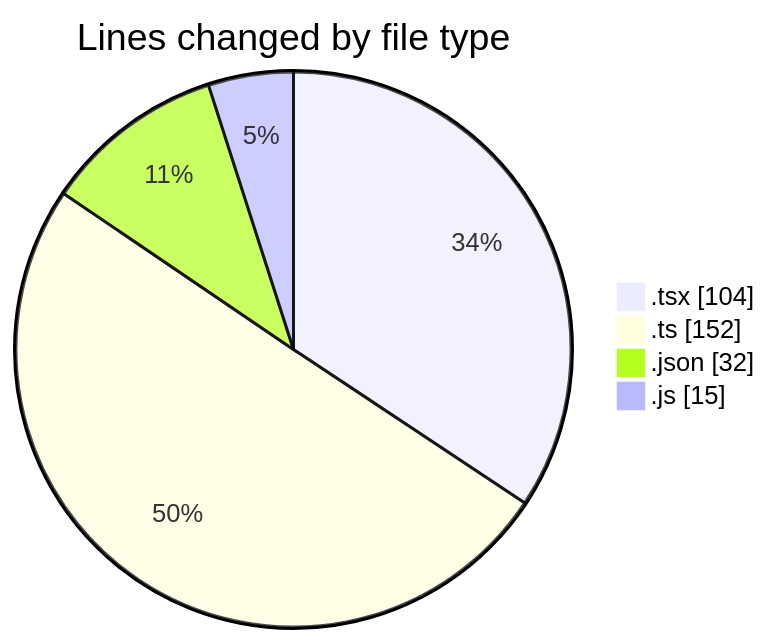
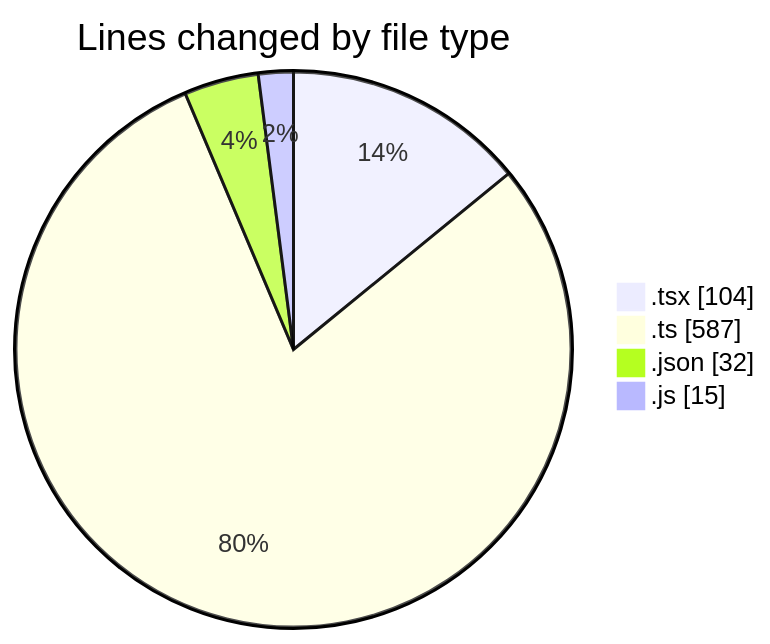
One commit to momahboobian/code-tracking changed the first of 2 diagrams in 2026-07-22/cda/README.md. Above: the diagram before and after it, drawn with Mermaid. The commit also changed other lines of this file and 1 other file, not shown here.

````diff
--- a/2026-07-22/cda/README.md
+++ b/2026-07-22/cda/README.md
@@ -25,8 +26,8 @@
 ```mermaid
 pie showData
 title Lines changed by file type
 ".tsx" : 104
-".ts" : 152
+".ts" : 587
 ".json" : 32
 ".js" : 15
 ```
````
